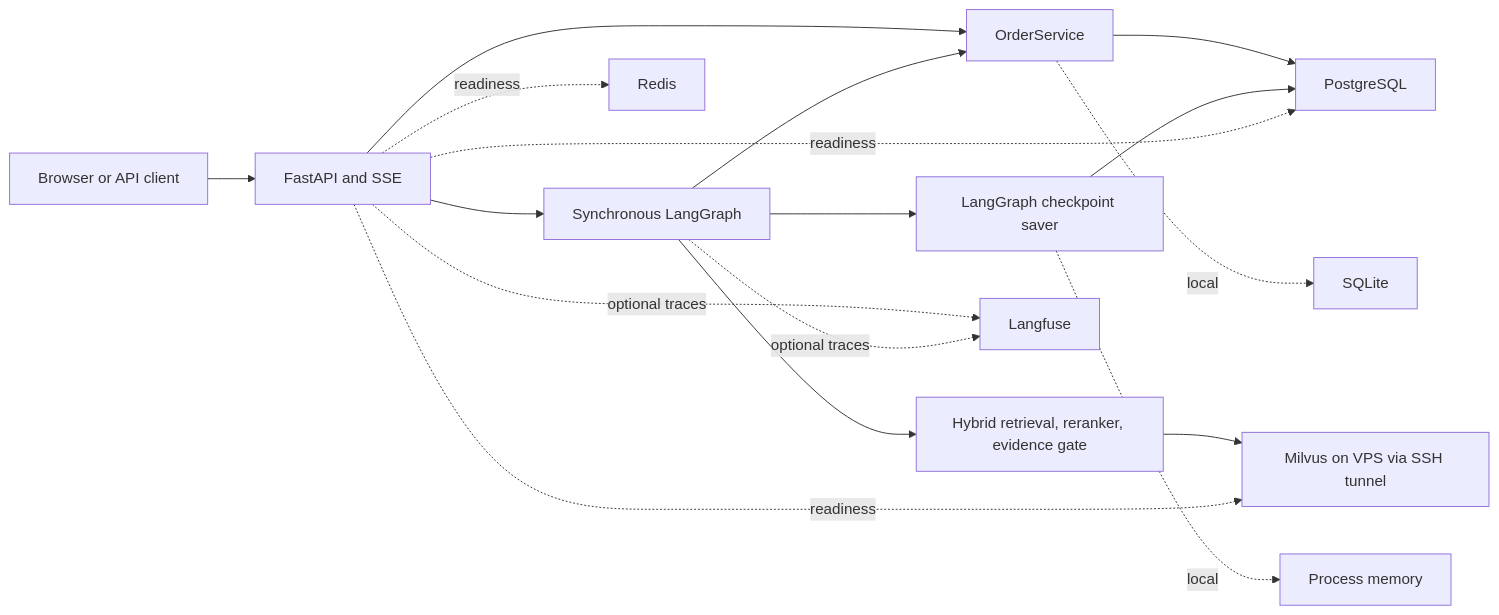
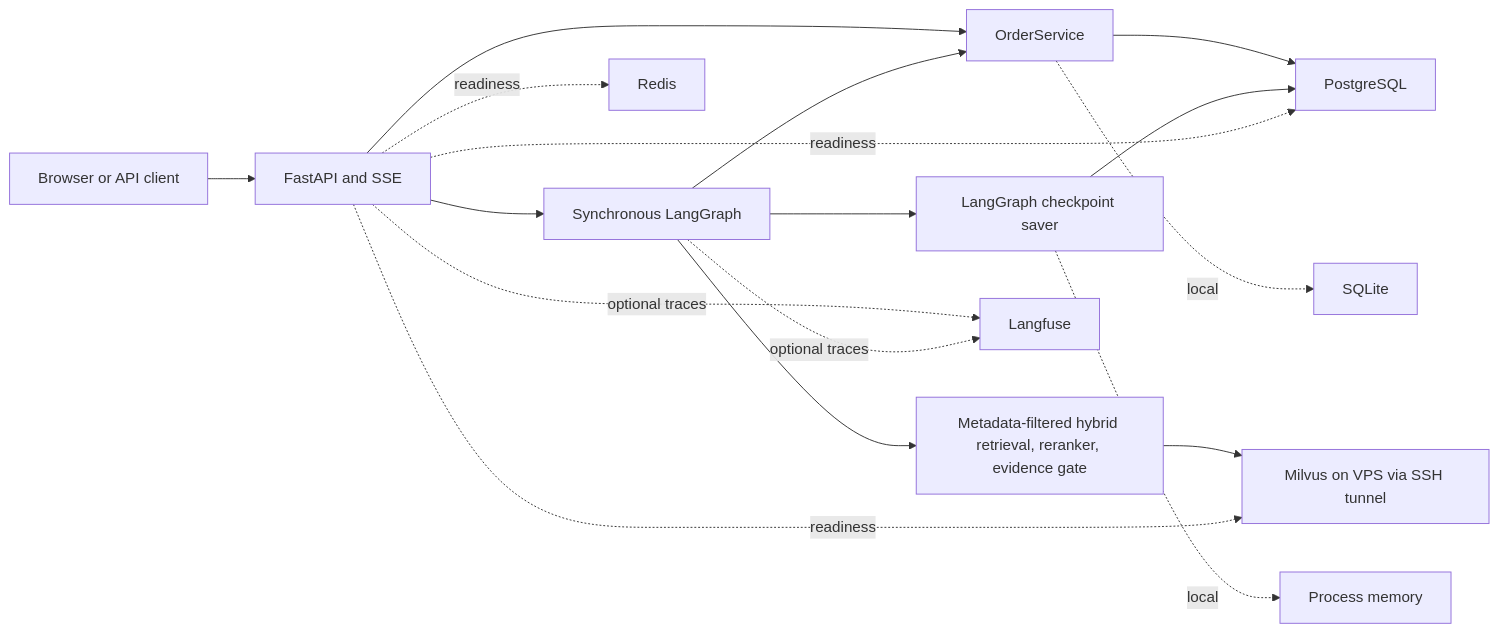
One commit to WongAnneLister/Atlas changed the diagram in docs/ARCHITECTURE.md. Above: the diagram before and after it, drawn with Mermaid. The commit also changed other lines of this file and 70 other files, not shown here.

Commit message:
feat(retrieval): policy validity dates and metadata-filtered hybrid retrieval with time-sensitive eval group

````diff
--- a/docs/ARCHITECTURE.md
+++ b/docs/ARCHITECTURE.md
@@ -3,19 +3,19 @@
 ```mermaid
 flowchart LR
     Browser["Browser or API client"] --> API["FastAPI and SSE"]
     API --> Graph["Synchronous LangGraph"]
     API --> Orders["OrderService"]
     Graph --> Orders
-    Graph --> Retrieve["Hybrid retrieval, reranker, evidence gate"]
+    Graph --> Retrieve["Metadata-filtered hybrid retrieval, reranker, evidence gate"]
     Retrieve --> Milvus["Milvus on VPS via SSH tunnel"]
     Graph --> Saver["LangGraph checkpoint saver"]
     Orders --> PG["PostgreSQL"]
     Saver --> PG
     Orders -. local .-> SQLite["SQLite"]
     Saver -. local .-> Memory["Process memory"]
     API -. readiness .-> PG
     API -. readiness .-> Redis["Redis"]
     API -. readiness .-> Milvus
     API -. optional traces .-> Langfuse["Langfuse"]
     Graph -. optional traces .-> Langfuse
 ```
````
